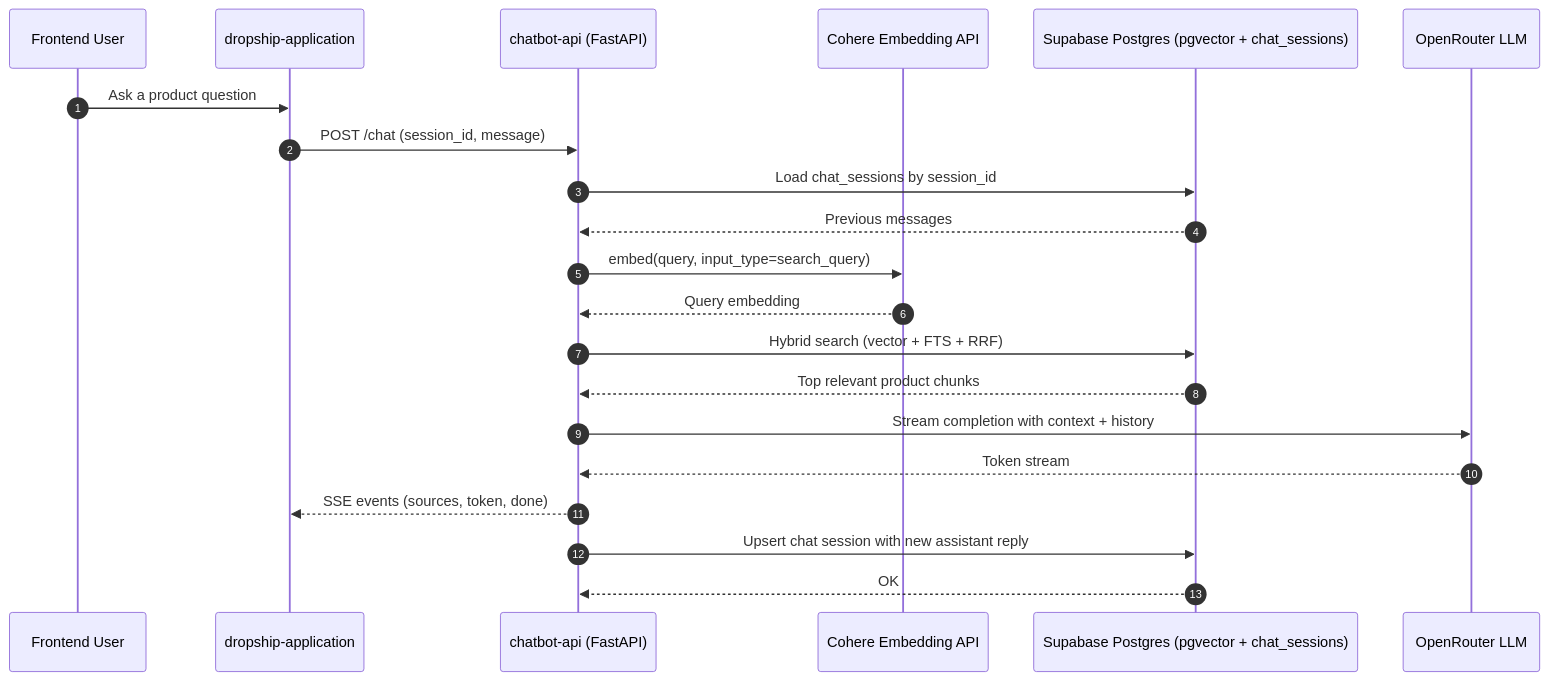
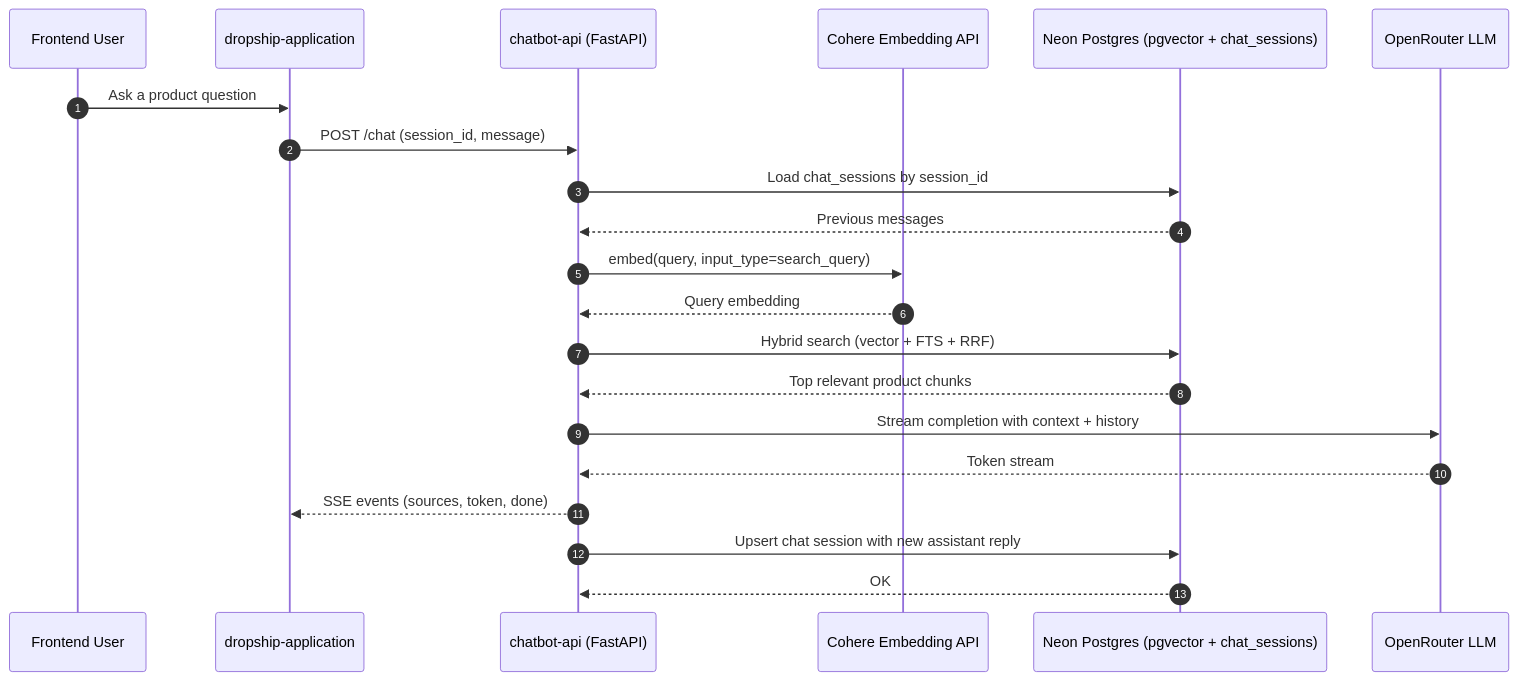
One commit to yanyetang/nexus-chat-api changed the second of 4 diagrams in README.md. Above: the diagram before and after it, drawn with Mermaid. The commit also changed other lines of this file and 4 other files, not shown here.

Commit message:
refactor: remove Supabase references and update environment variables for Neon PostgreSQL integration

````diff
--- a/README.md
+++ b/README.md
@@ -69,29 +69,29 @@
 ```mermaid
 sequenceDiagram
     autonumber
     participant User as Frontend User
     participant FE as dropship-application
     participant API as chatbot-api (FastAPI)
     participant Cohere as Cohere Embedding API
-    participant DB as Supabase Postgres (pgvector + chat_sessions)
+    participant DB as Neon Postgres (pgvector + chat_sessions)
     participant OR as OpenRouter LLM
 
     User->>FE: Ask a product question
     FE->>API: POST /chat (session_id, message)
 
     API->>DB: Load chat_sessions by session_id
     DB-->>API: Previous messages
 
     API->>Cohere: embed(query, input_type=search_query)
     Cohere-->>API: Query embedding
 
     API->>DB: Hybrid search (vector + FTS + RRF)
     DB-->>API: Top relevant product chunks
 
     API->>OR: Stream completion with context + history
     OR-->>API: Token stream
     API-->>FE: SSE events (sources, token, done)
 
     API->>DB: Upsert chat session with new assistant reply
     DB-->>API: OK
 ```
````
